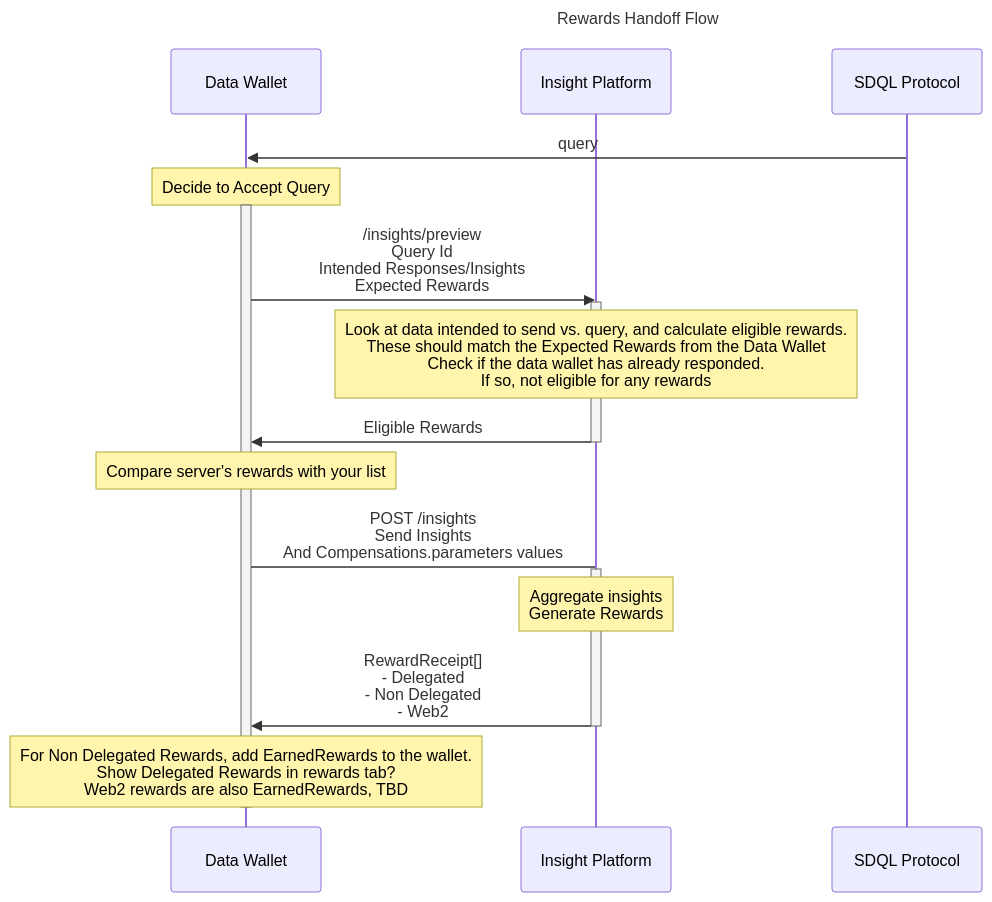
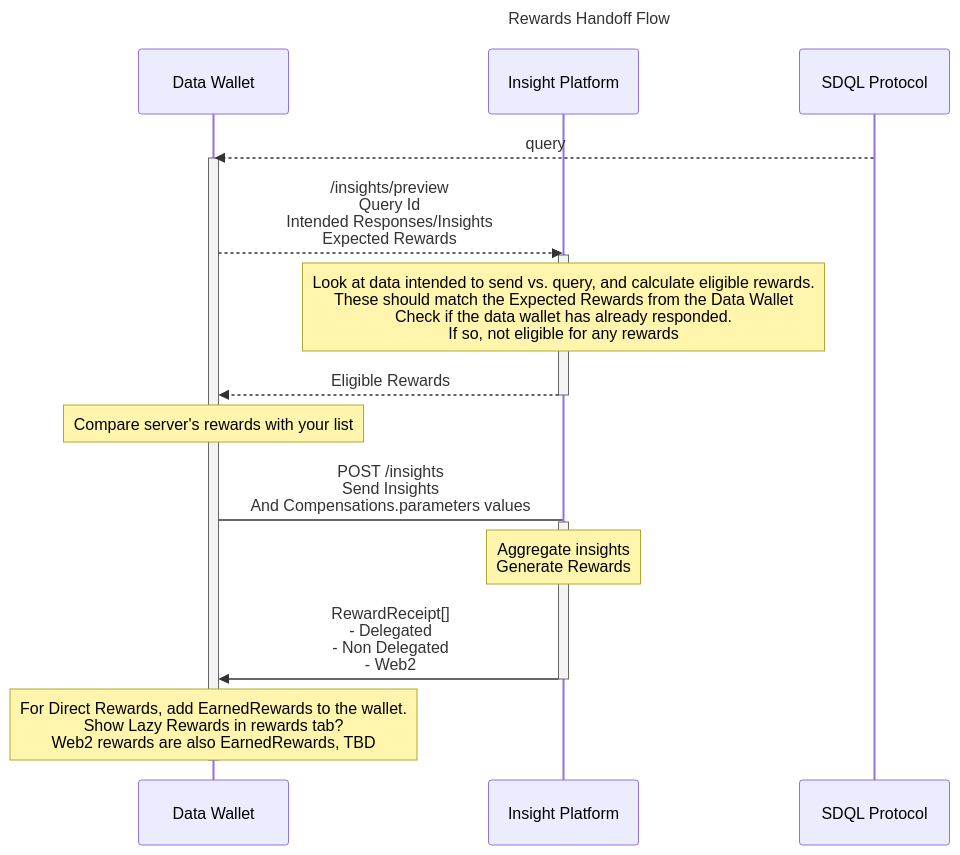
One commit to SnickerdoodleLabs/protocol changed the diagram in documentation/openapi/handoff-protocol.md. Above: the diagram before and after it, drawn with Mermaid. The commit also changed other lines of this file, not shown here.

````diff
--- a/documentation/openapi/handoff-protocol.md
+++ b/documentation/openapi/handoff-protocol.md
@@ -2,26 +2,25 @@
 ```mermaid
 sequenceDiagram
   title Rewards Handoff Flow
   participant D as Data Wallet
   participant I as Insight Platform
   participant S as SDQL Protocol
-  S->>D: query
-  note over D:Decide to Accept Query
+  S-->>D: query
   activate D
-  D->>I:/insights/preview <br> Query Id <br>Intended Responses/Insights <br> Expected Rewards
+  D-->>I:/insights/preview <br> Query Id <br>Intended Responses/Insights <br> Expected Rewards
 
   activate I
   note over I:Look at data intended to send vs. query, and calculate eligible rewards. <br>These should match the Expected Rewards from the Data Wallet <br>Check if the data wallet has already responded. <br>If so, not eligible for any rewards
-  I->>D: Eligible Rewards
+  I-->>D: Eligible Rewards
   deactivate I
 
   note over D:Compare server's rewards with your list
   D->I:POST /insights <br>Send Insights <br>And Compensations.parameters values
 
   activate I
   note over I:Aggregate insights <br>Generate Rewards
   I->>D: RewardReceipt[] <br>- Delegated <br>- Non Delegated <br>- Web2
   deactivate I
-  note over D:For Non Delegated Rewards, add EarnedRewards to the wallet. <br>Show Delegated Rewards in rewards tab? <br>Web2 rewards are also EarnedRewards, TBD
+  note over D:For Direct Rewards, add EarnedRewards to the wallet. <br>Show Lazy Rewards in rewards tab? <br>Web2 rewards are also EarnedRewards, TBD
   deactivate D
 ```
````
